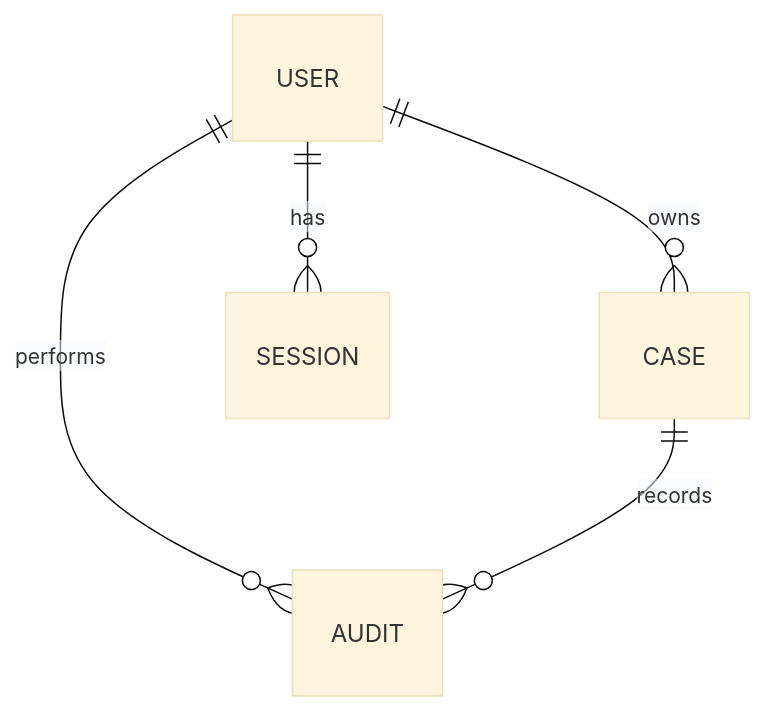
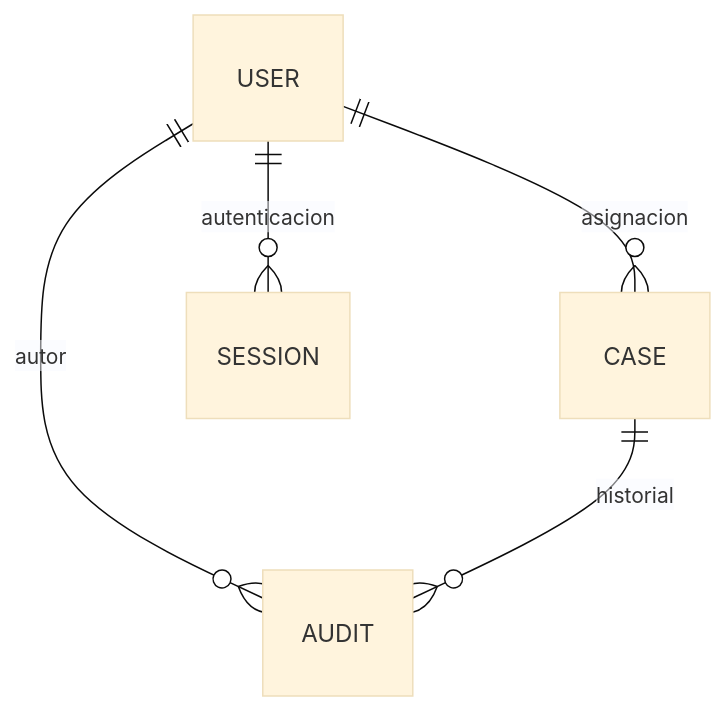
The second of 2 diagrams in docs/architecture.md (AndresJG20/enterprise-case-management), drawn with Mermaid (base theme) before and after one commit. The commit also changed other lines of this file and 7 other files, not shown here.

````diff
--- a/docs/architecture.md
+++ b/docs/architecture.md
@@ -11,7 +16,7 @@
 ```mermaid
 erDiagram
-  USER ||--o{ CASE : owns
-  USER ||--o{ SESSION : has
-  USER ||--o{ AUDIT : performs
-  CASE ||--o{ AUDIT : records
+  USER ||--o{ CASE : asignacion
+  USER ||--o{ SESSION : autenticacion
+  USER ||--o{ AUDIT : autor
+  CASE ||--o{ AUDIT : historial
 ```
````
